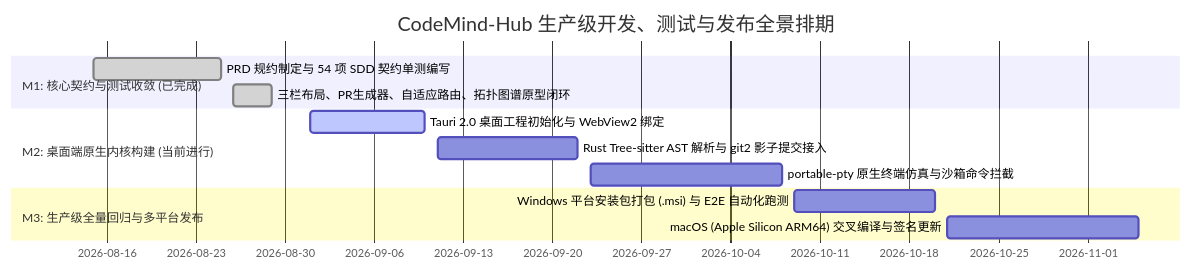
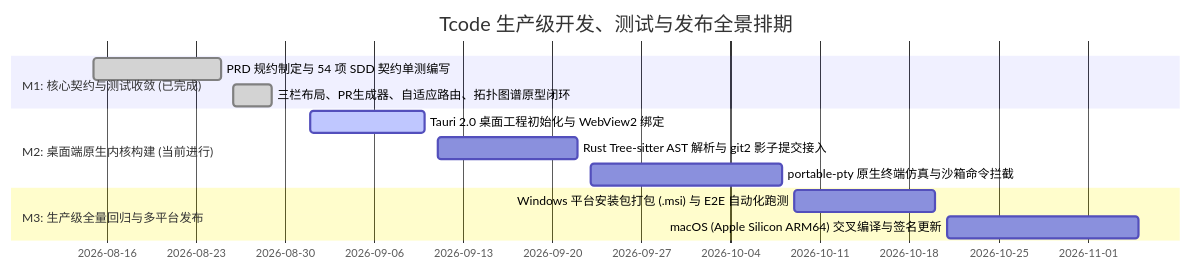
Before and after one commit to zhangqi77ok-sys/GitWorklog: the fourth of 4 diagrams in docs/technical_reviews/PRODUCTION_ENGINEERING_EXECUTION_PLAN.md, drawn with Mermaid. The commit also changed other lines of this file and 20 other files, not shown here.

Commit message:
chore(branding): rename all kernel/code engine references from CodeMind-Hub to Tcode

````diff
--- a/docs/technical_reviews/PRODUCTION_ENGINEERING_EXECUTION_PLAN.md
+++ b/docs/technical_reviews/PRODUCTION_ENGINEERING_EXECUTION_PLAN.md
@@ -138,15 +138,15 @@
 ```mermaid
 gantt
-    title CodeMind-Hub 生产级开发、测试与发布全景排期
+    title Tcode 生产级开发、测试与发布全景排期
     dateFormat  YYYY-MM-DD
     section M1: 核心契约与测试收敛 (已完成)
     PRD 规约制定与 54 项 SDD 契约单测编写 :done, m1_1, 2026-08-15, 2026-08-25
     三栏布局、PR生成器、自适应路由、拓扑图谱原型闭环 :done, m1_2, 2026-08-26, 2026-08-29
     section M2: 桌面端原生内核构建 (当前进行)
     Tauri 2.0 桌面工程初始化与 WebView2 绑定 :active, m2_1, 2026-09-01, 2026-09-10
     Rust Tree-sitter AST 解析与 git2 影子提交接入 : m2_2, 2026-09-11, 2026-09-22
     portable-pty 原生终端仿真与沙箱命令拦截 : m2_3, 2026-09-23, 2026-10-08
     section M3: 生产级全量回归与多平台发布
     Windows 平台安装包打包 (.msi) 与 E2E 自动化跑测 : m3_1, 2026-10-09, 2026-10-20
     macOS (Apple Silicon ARM64) 交叉编译与签名更新 : m3_2, 2026-10-21, 2026-11-05
 ```
````
